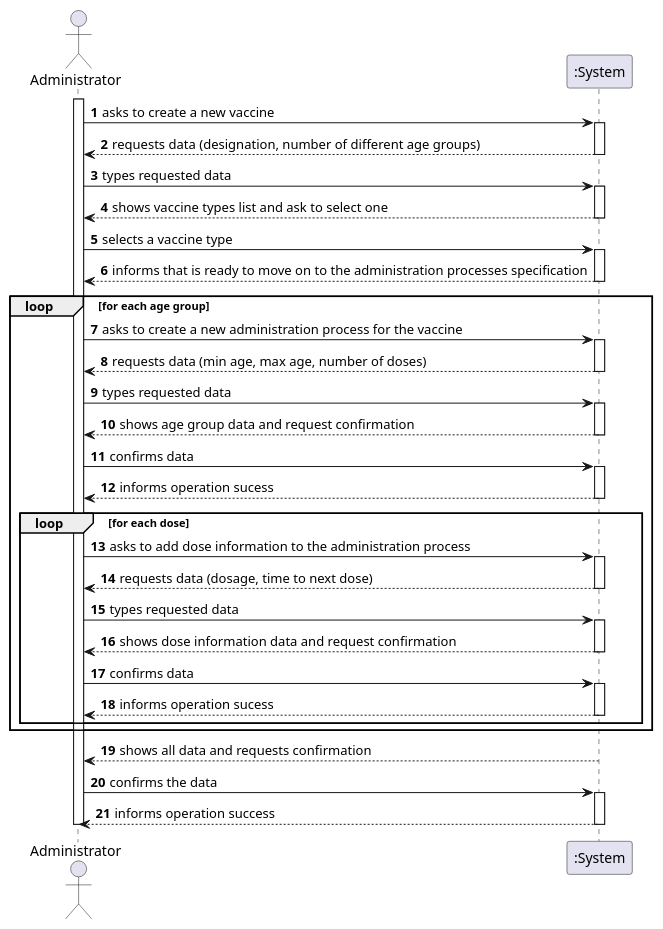
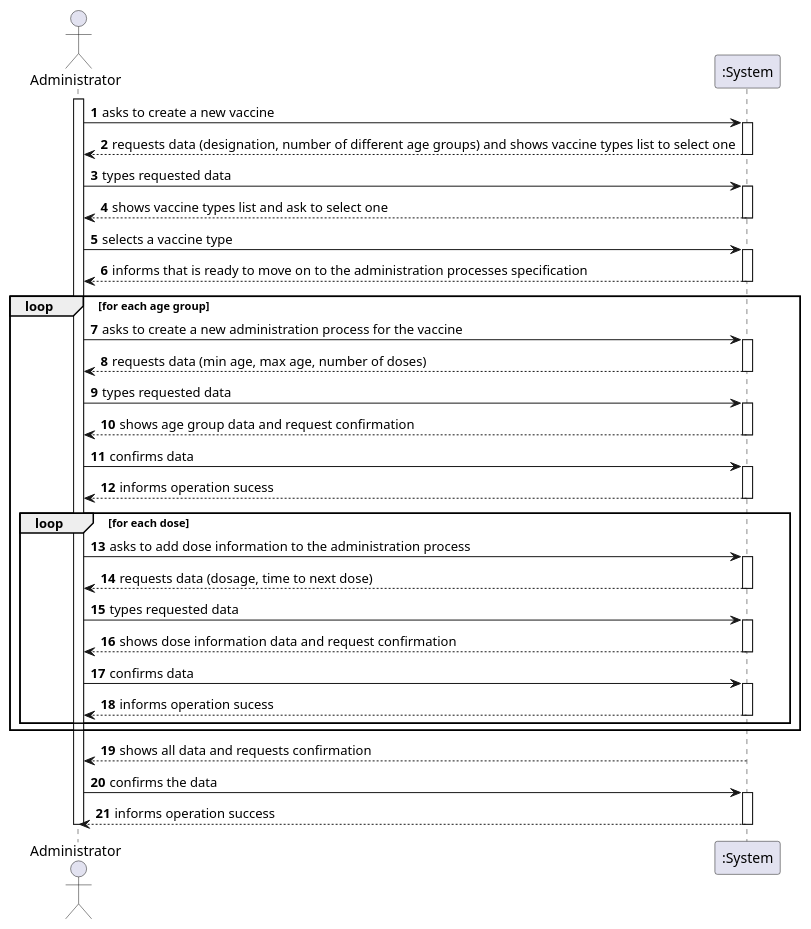
The diagram in docs/SprintB/US13/SSD/US13_SSD_v2.puml (miseEnPlace-i/lapr2), drawn with PlantUML before and after one commit. The commit also changed 1 other file, not shown here.

```diff
--- a/docs/SprintB/US13/SSD/US13_SSD_v2.puml
+++ b/docs/SprintB/US13/SSD/US13_SSD_v2.puml
@@ -1,61 +1,62 @@
 @startuml
 autonumber
 actor "Administrator" as OE
 
 activate OE
 OE -> ":System" : asks to create a new vaccine
 activate ":System"
-":System" --> OE : requests data (designation, number of different age groups)
+":System" --> OE : requests data (designation, number of different age groups) and shows vaccine types list to select one
 deactivate ":System"
 
 OE -> ":System" : types requested data
 activate ":System"
 ":System" --> OE : shows vaccine types list and ask to select one
 deactivate ":System"
 
 OE -> ":System" : selects a vaccine type
 activate ":System"
 ":System" --> OE : informs that is ready to move on to the administration processes specification
 deactivate ":System"
 
 
 loop for each age group
     OE -> ":System" : asks to create a new administration process for the vaccine
     activate ":System"
     ":System" --> OE : requests data (min age, max age, number of doses)
     deactivate ":System"
     OE -> ":System" : types requested data
     activate ":System"
     ":System" --> OE : shows age group data and request confirmation
     deactivate ":System"
     OE -> ":System" : confirms data
     activate ":System"
     ":System" --> OE : informs operation sucess
     deactivate ":System"
+    
     loop for each dose
         OE -> ":System" : asks to add dose information to the administration process
         activate ":System"
         ":System" --> OE : requests data (dosage, time to next dose)
         deactivate ":System"
         OE -> ":System" : types requested data
         activate ":System"
         ":System" --> OE : shows dose information data and request confirmation
         deactivate ":System"
         OE -> ":System" : confirms data
         activate ":System"
         ":System" --> OE : informs operation sucess
         deactivate ":System"
     end
 
 end
 
 ":System" --> OE : shows all data and requests confirmation
 deactivate ":System"
 OE -> ":System" : confirms the data
 activate ":System"
 ":System" --> OE : informs operation success
 deactivate ":System"
 
 deactivate OE
 
 @enduml
```
